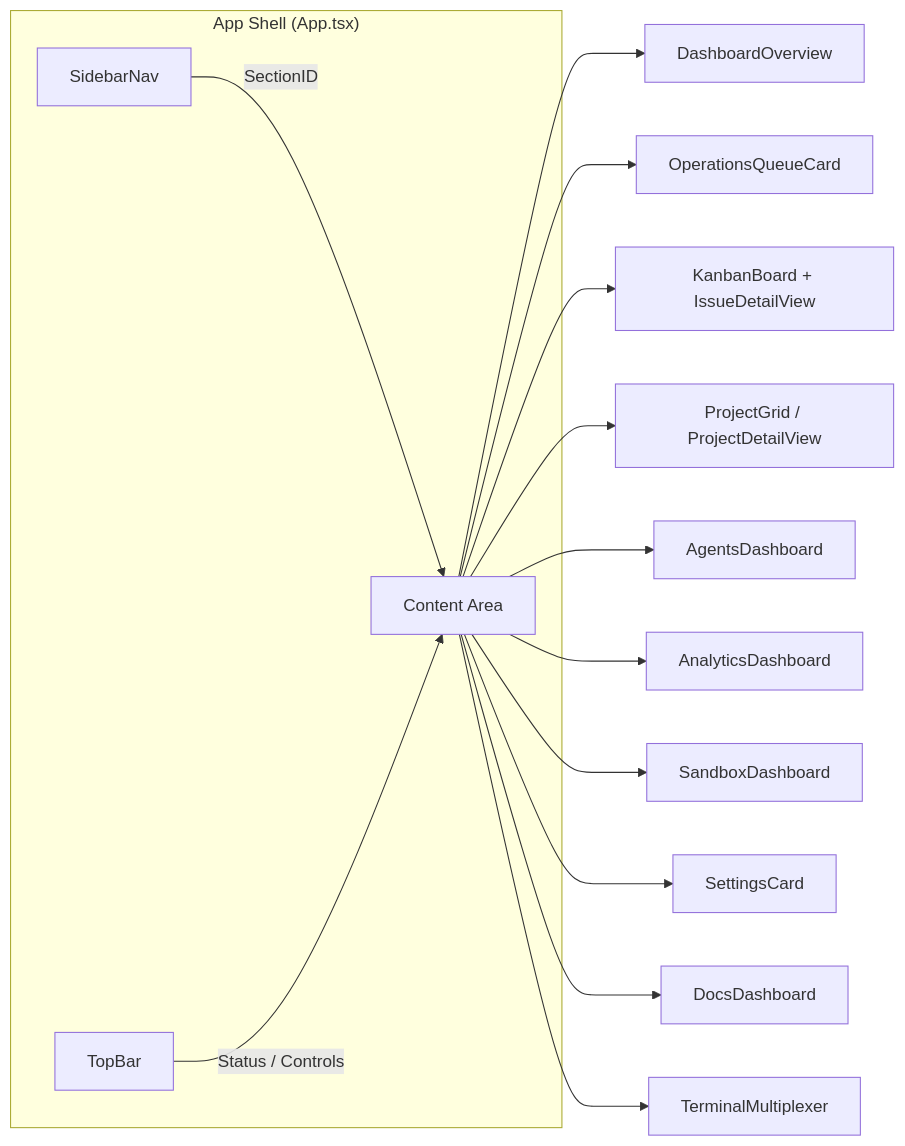
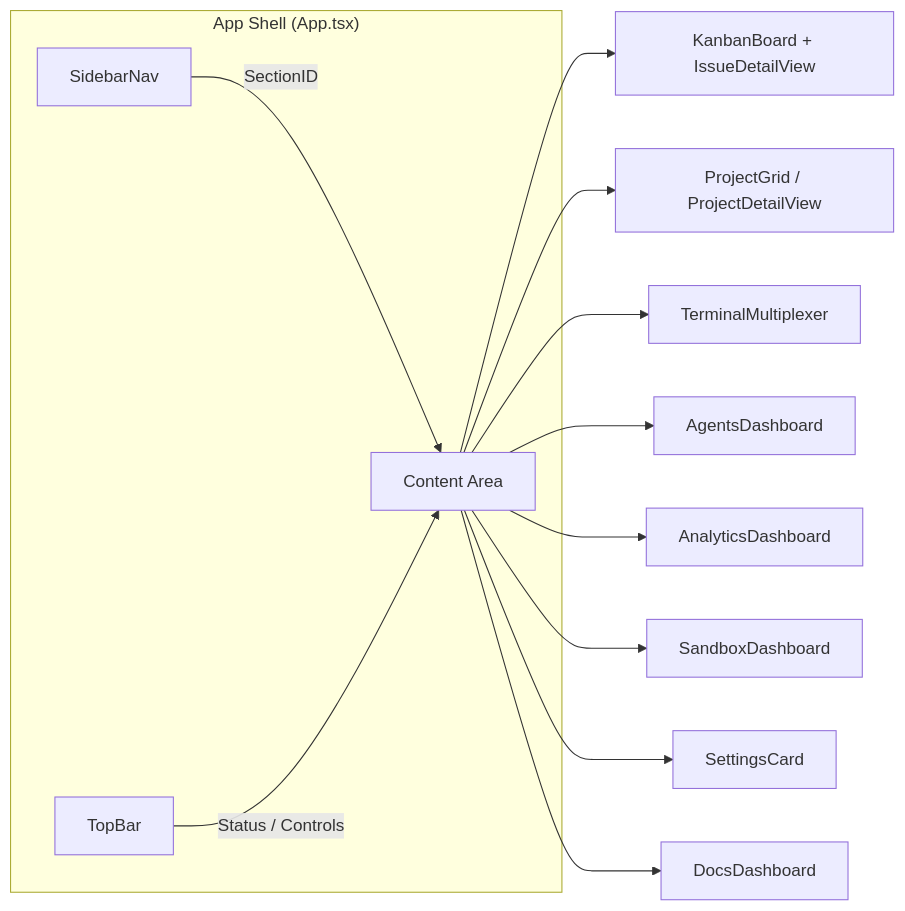
Before and after one commit to bradAGI/Orchestra: the first of 2 diagrams in docs/frontend/components.md, drawn with Mermaid. The commit also changed other lines of this file and 5 other files, not shown here.

````diff
--- a/docs/frontend/components.md
+++ b/docs/frontend/components.md
@@ -38,22 +36,20 @@
 ```mermaid
 graph LR
     subgraph AppShell["App Shell (App.tsx)"]
         SB[SidebarNav]
         TB[TopBar]
         CA[Content Area]
     end
 
     SB -->|"SectionID"| CA
     TB -->|"Status / Controls"| CA
 
-    CA --> DASH[DashboardOverview]
-    CA --> RUN[OperationsQueueCard]
     CA --> ISS[KanbanBoard + IssueDetailView]
     CA --> PROJ[ProjectGrid / ProjectDetailView]
+    CA --> CON[TerminalMultiplexer]
     CA --> AGT[AgentsDashboard]
     CA --> WH[AnalyticsDashboard]
     CA --> SBX[SandboxDashboard]
     CA --> SET[SettingsCard]
     CA --> DOC[DocsDashboard]
-    CA --> CON[TerminalMultiplexer]
 ```
````
